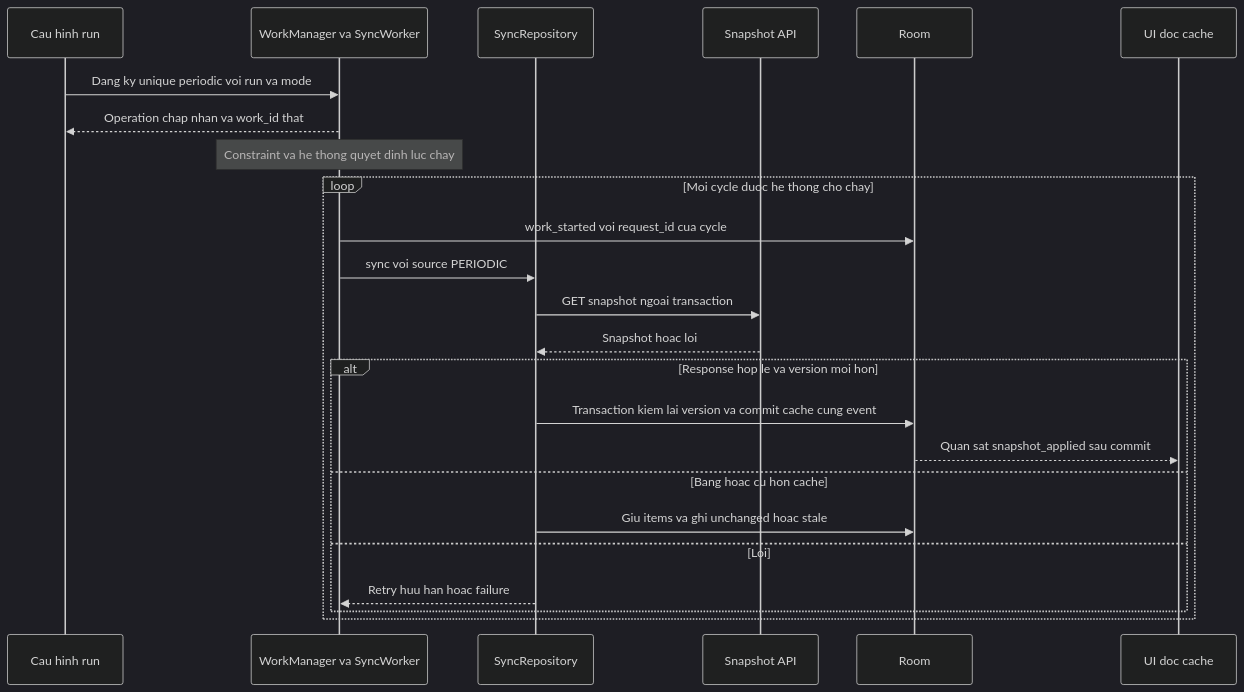
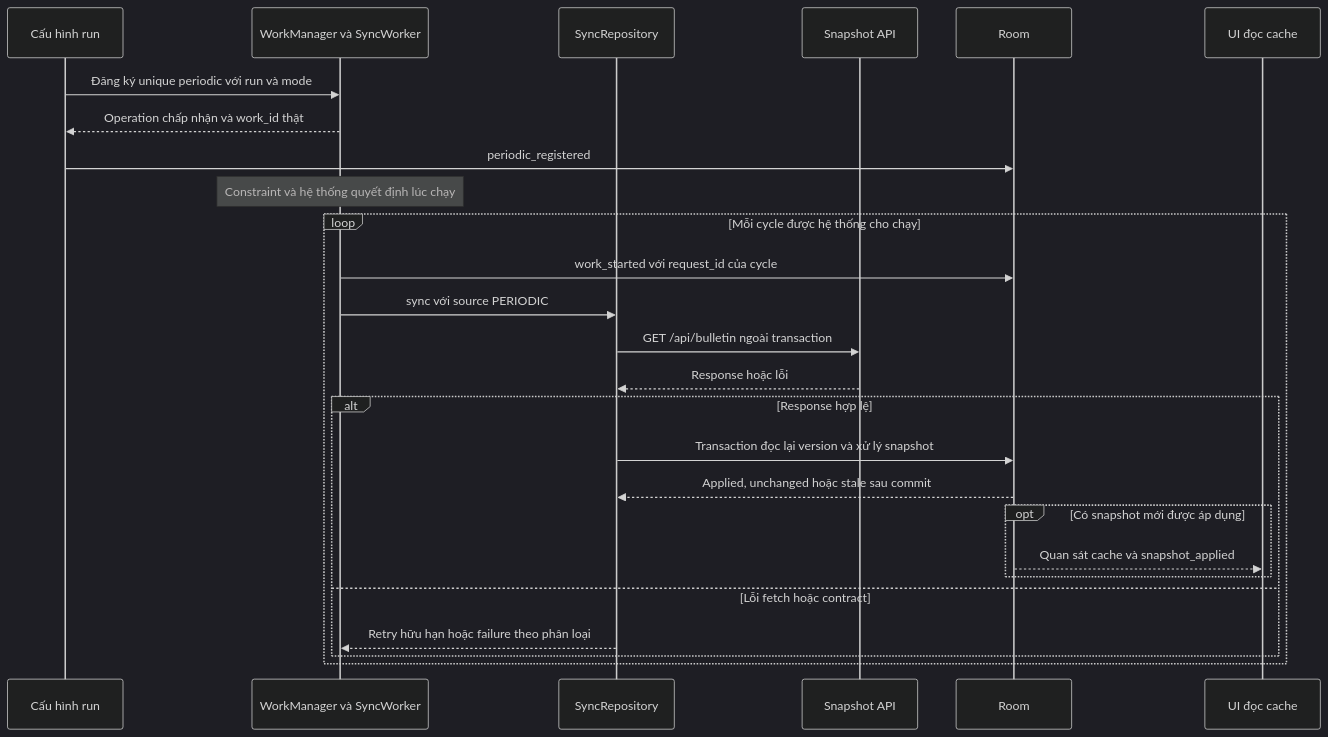
The first of 2 diagrams in docs/MECHANISMS.md (ThanhTris/Seminar-IE307), drawn with Mermaid (dark theme) before and after one commit. The commit also changed other lines of this file and 2 other files, not shown here.

````diff
--- a/docs/MECHANISMS.md
+++ b/docs/MECHANISMS.md
@@ -42,26 +42,28 @@
 ```mermaid
 sequenceDiagram
-    participant C as Cau hinh run
-    participant W as WorkManager va SyncWorker
+    participant C as Cấu hình run
+    participant W as WorkManager và SyncWorker
     participant R as SyncRepository
     participant S as Snapshot API
     participant D as Room
-    participant U as UI doc cache
-    C->>W: Dang ky unique periodic voi run va mode
-    W-->>C: Operation chap nhan va work_id that
-    Note over W: Constraint va he thong quyet dinh luc chay
-    loop Moi cycle duoc he thong cho chay
-        W->>D: work_started voi request_id cua cycle
-        W->>R: sync voi source PERIODIC
-        R->>S: GET snapshot ngoai transaction
-        S-->>R: Snapshot hoac loi
-        alt Response hop le va version moi hon
-            R->>D: Transaction kiem lai version va commit cache cung event
-            D-->>U: Quan sat snapshot_applied sau commit
-        else Bang hoac cu hon cache
-            R->>D: Giu items va ghi unchanged hoac stale
-        else Loi
-            R-->>W: Retry huu han hoac failure
+    participant U as UI đọc cache
+    C->>W: Đăng ký unique periodic với run và mode
+    W-->>C: Operation chấp nhận và work_id thật
+    C->>D: periodic_registered
+    Note over W: Constraint và hệ thống quyết định lúc chạy
+    loop Mỗi cycle được hệ thống cho chạy
+        W->>D: work_started với request_id của cycle
+        W->>R: sync với source PERIODIC
+        R->>S: GET /api/bulletin ngoài transaction
+        S-->>R: Response hoặc lỗi
+        alt Response hợp lệ
+            R->>D: Transaction đọc lại version và xử lý snapshot
+            D-->>R: Applied, unchanged hoặc stale sau commit
+            opt Có snapshot mới được áp dụng
+                D-->>U: Quan sát cache và snapshot_applied
+            end
+        else Lỗi fetch hoặc contract
+            R-->>W: Retry hữu hạn hoặc failure theo phân loại
         end
     end
 ```
````
